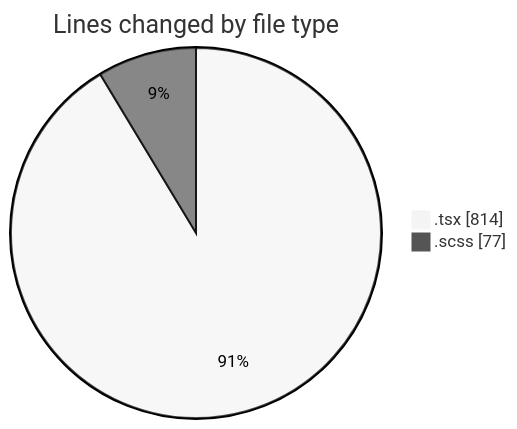
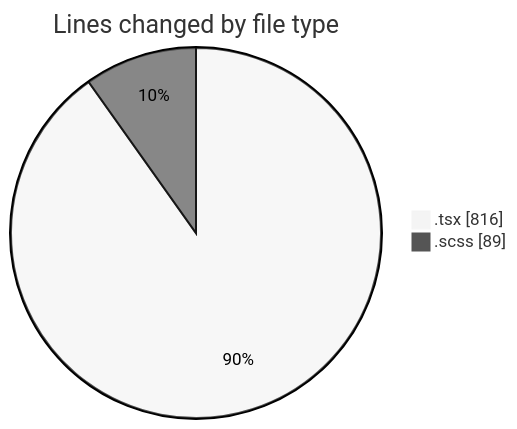
One commit to momahboobian/code-tracking changed the first of 2 diagrams in 2025-04-10/cda/README.md. Above: the diagram before and after it, drawn with Mermaid (neutral theme). The commit also changed other lines of this file and 1 other file, not shown here.

````diff
--- a/2025-04-10/cda/README.md
+++ b/2025-04-10/cda/README.md
@@ -22,6 +22,6 @@
 ```mermaid
 pie showData
 title Lines changed by file type
-".tsx" : 814
-".scss" : 77
+".tsx" : 816
+".scss" : 89
 ```
````
